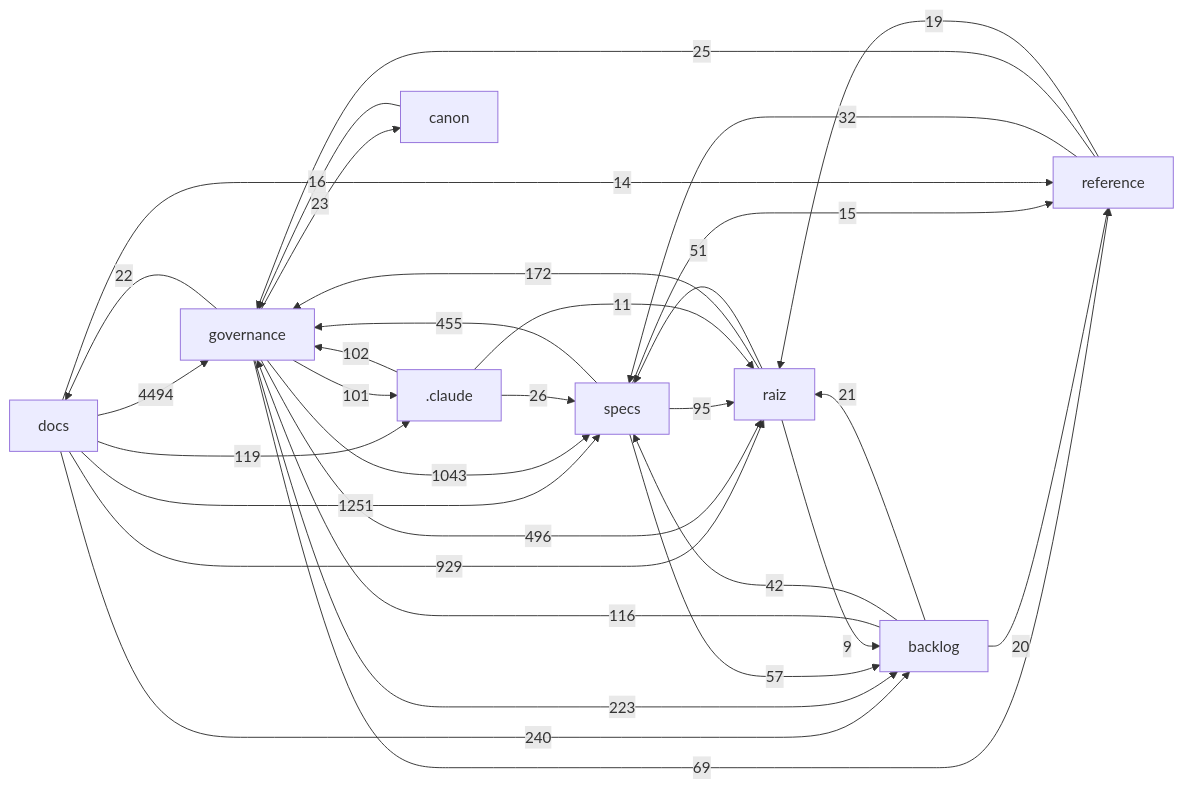
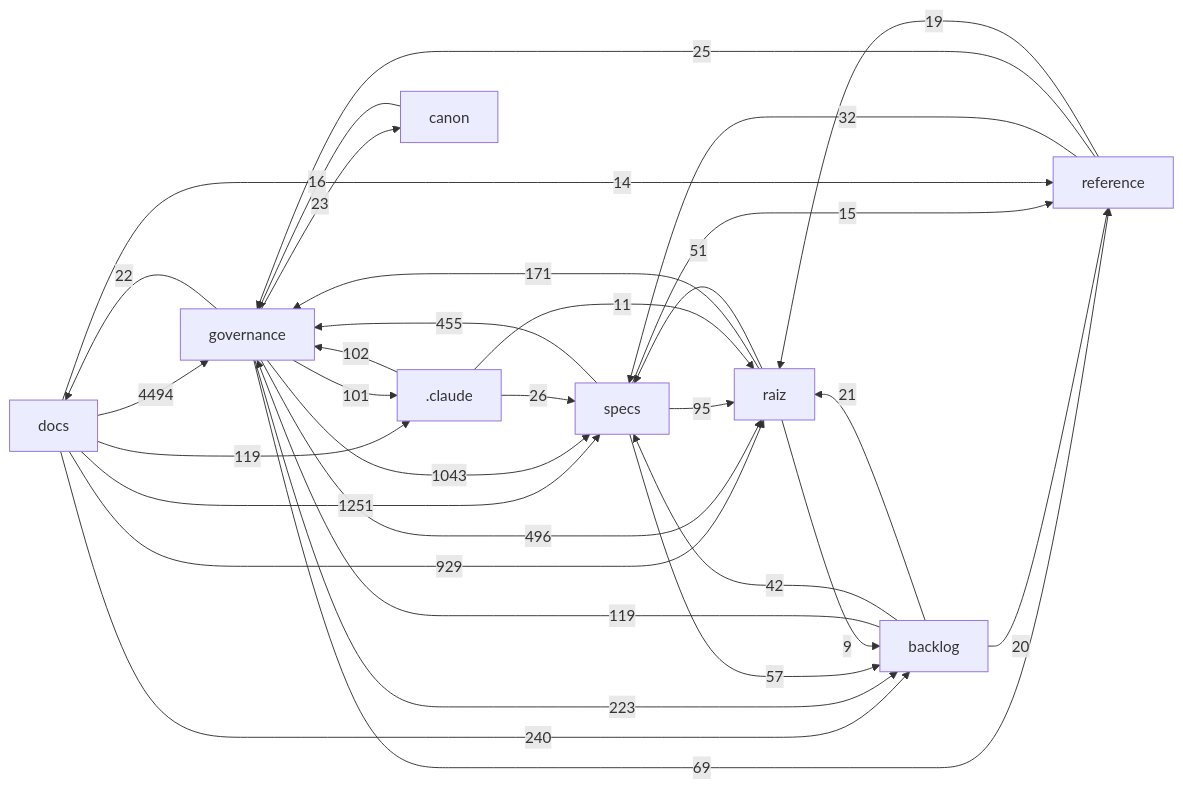
Before and after one commit to Andraus35/Sistema-Operacional-de-Trading--SOT: the diagram in docs/mapa/MAPA-PROJETO.md, drawn with Mermaid. The commit also changed other lines of this file and 6 other files, not shown here.

First line of the commit message:
F2 da SPEC-020: do ROADMAP para nota aditiva no BL-017 (ordem de Andraus); ROADMAP intocado; ata DHR-SPEC020-003 atualizada; HANDOFF HO-156

````diff
--- a/docs/mapa/MAPA-PROJETO.md
+++ b/docs/mapa/MAPA-PROJETO.md
@@ -29,34 +29,34 @@
 ```mermaid
 flowchart LR
   docs["docs"] -->|4494| governance["governance"]
   docs["docs"] -->|1251| specs["specs"]
   governance["governance"] -->|1043| specs["specs"]
   docs["docs"] -->|929| raiz["raiz"]
   governance["governance"] -->|496| raiz["raiz"]
   specs["specs"] -->|455| governance["governance"]
   docs["docs"] -->|240| backlog["backlog"]
   governance["governance"] -->|223| backlog["backlog"]
-  raiz["raiz"] -->|172| governance["governance"]
+  raiz["raiz"] -->|171| governance["governance"]
+  backlog["backlog"] -->|119| governance["governance"]
   docs["docs"] -->|119| _claude[".claude"]
-  backlog["backlog"] -->|116| governance["governance"]
   _claude[".claude"] -->|102| governance["governance"]
   governance["governance"] -->|101| _claude[".claude"]
   specs["specs"] -->|95| raiz["raiz"]
   governance["governance"] -->|69| reference["reference"]
   specs["specs"] -->|57| backlog["backlog"]
   raiz["raiz"] -->|51| specs["specs"]
   backlog["backlog"] -->|42| specs["specs"]
   reference["reference"] -->|32| specs["specs"]
   _claude[".claude"] -->|26| specs["specs"]
   reference["reference"] -->|25| governance["governance"]
   governance["governance"] -->|23| canon["canon"]
   governance["governance"] -->|22| docs["docs"]
   backlog["backlog"] -->|21| raiz["raiz"]
   backlog["backlog"] -->|20| reference["reference"]
   reference["reference"] -->|19| raiz["raiz"]
   canon["canon"] -->|16| governance["governance"]
   specs["specs"] -->|15| reference["reference"]
   docs["docs"] -->|14| reference["reference"]
   _claude[".claude"] -->|11| raiz["raiz"]
   raiz["raiz"] -->|9| backlog["backlog"]
 ```
````
